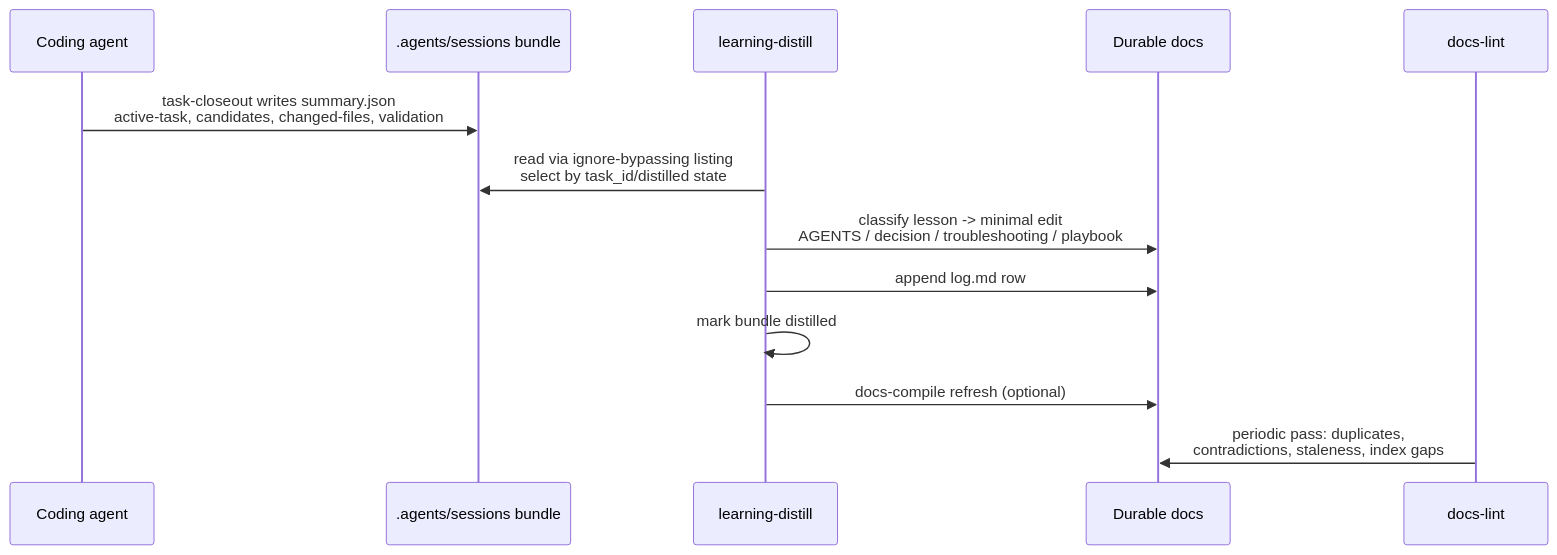
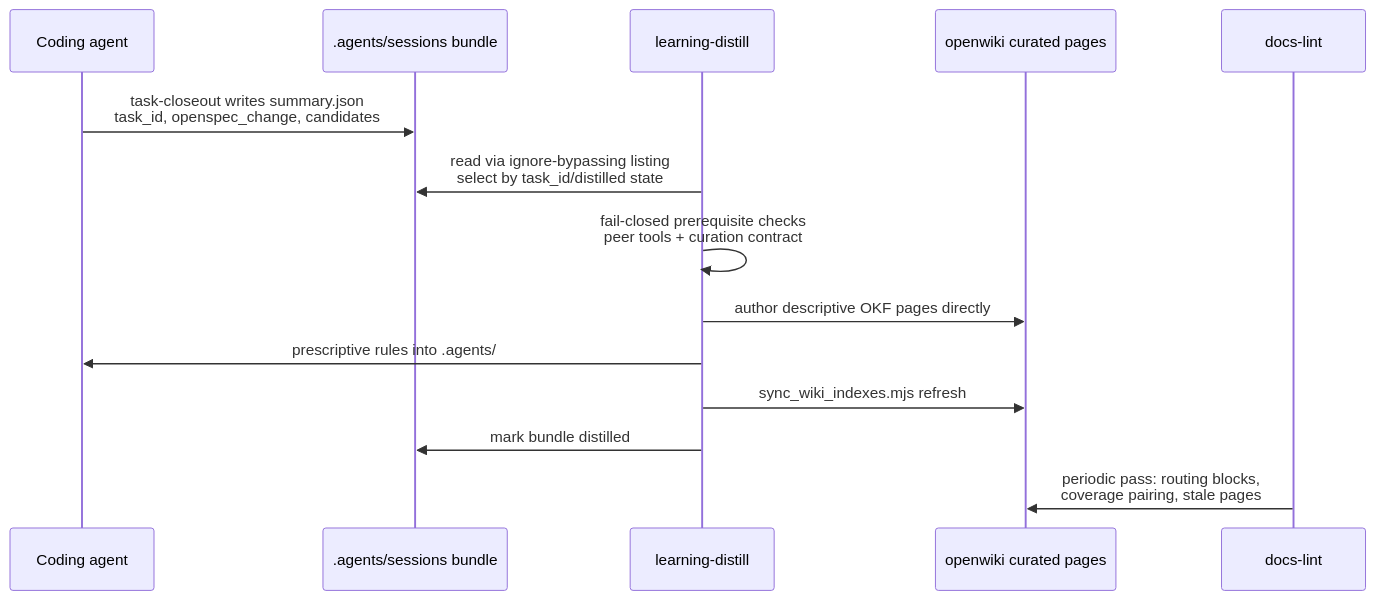
Before and after one commit to Hypercubed/Agent-Knowledge-Starter-Kit: the diagram in openwiki/quickstart.md, drawn with Mermaid. The commit also changed other lines of this file and 22 other files, not shown here.

````diff
--- a/openwiki/quickstart.md
+++ b/openwiki/quickstart.md
@@ -77,16 +73,17 @@
 ```mermaid
 sequenceDiagram
     participant C as Coding agent
     participant B as .agents/sessions bundle
     participant L as learning-distill
-    participant D as Durable docs
+    participant W as openwiki curated pages
     participant X as docs-lint
 
-    C->>B: task-closeout writes summary.json<br/>active-task, candidates, changed-files, validation
+    C->>B: task-closeout writes summary.json<br/>task_id, openspec_change, candidates
     L->>B: read via ignore-bypassing listing<br/>select by task_id/distilled state
-    L->>D: classify lesson -> minimal edit<br/>AGENTS / decision / troubleshooting / playbook
-    L->>D: append log.md row
-    L->>L: mark bundle distilled
-    L->>D: docs-compile refresh (optional)
-    X->>D: periodic pass: duplicates,<br/>contradictions, staleness, index gaps
+    L->>L: fail-closed prerequisite checks<br/>peer tools + curation contract
+    L->>W: author descriptive OKF pages directly
+    L->>C: prescriptive rules into .agents/
+    L->>W: sync_wiki_indexes.mjs refresh
+    L->>B: mark bundle distilled
+    X->>W: periodic pass: routing blocks,<br/>coverage pairing, stale pages
 ```
````
